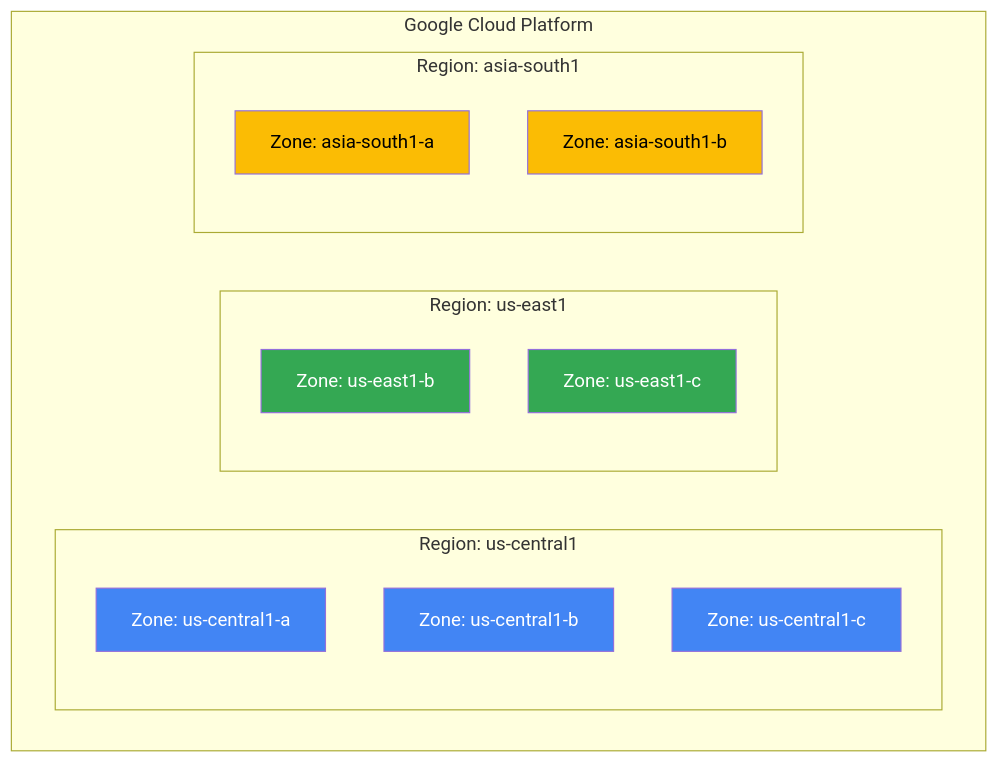
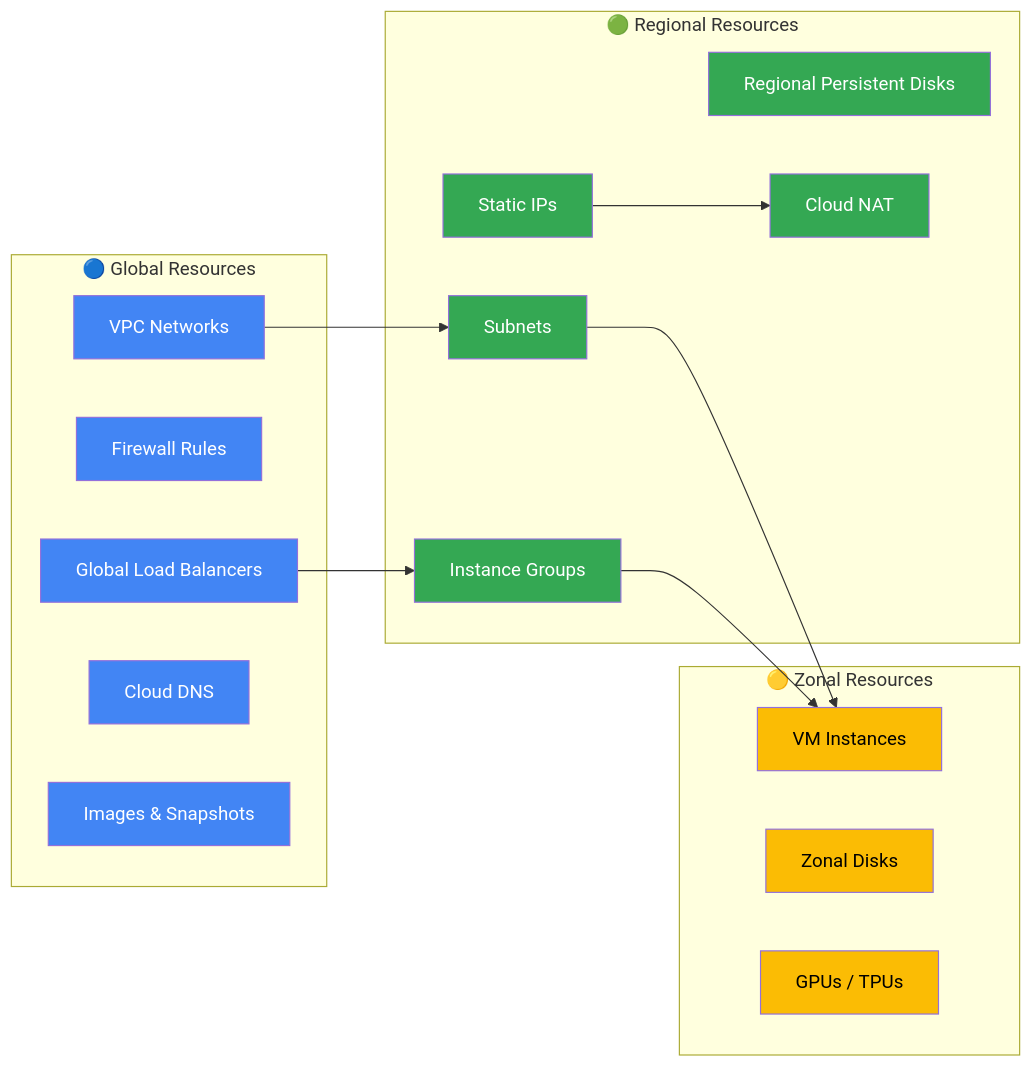
Before and after one commit to ShasidharReddy/GCP-Cloud-Engineer: the fourth of 22 diagrams in Architecture/README.md, drawn with Mermaid. The commit also changed other lines of this file, not shown here.

First line of the commit message:
fix: expand GCP Global Infrastructure with proper hierarchy, resource scoping, and region details

````diff
--- a/Architecture/README.md
+++ b/Architecture/README.md
@@ -134,26 +240,42 @@
 ```mermaid
-graph TB
-    subgraph "Google Cloud Platform"
-        subgraph "Region: us-central1"
-            Z1["Zone: us-central1-a"]
-            Z2["Zone: us-central1-b"]
-            Z3["Zone: us-central1-c"]
-        end
-        subgraph "Region: us-east1"
-            Z4["Zone: us-east1-b"]
-            Z5["Zone: us-east1-c"]
-        end
-        subgraph "Region: asia-south1"
-            Z6["Zone: asia-south1-a"]
-            Z7["Zone: asia-south1-b"]
-        end
+graph LR
+    subgraph "🔵 Global Resources"
+        VPC["VPC Networks"]
+        FW["Firewall Rules"]
+        LB["Global Load Balancers"]
+        DNS["Cloud DNS"]
+        IMG["Images & Snapshots"]
     end
 
-    style Z1 fill:#4285F4,color:#fff
-    style Z2 fill:#4285F4,color:#fff
-    style Z3 fill:#4285F4,color:#fff
-    style Z4 fill:#34A853,color:#fff
-    style Z5 fill:#34A853,color:#fff
-    style Z6 fill:#FBBC04,color:#000
-    style Z7 fill:#FBBC04,color:#000
+    subgraph "🟢 Regional Resources"
+        SUB["Subnets"]
+        SIP["Static IPs"]
+        DISK["Regional Persistent Disks"]
+        IG["Instance Groups"]
+        NAT2["Cloud NAT"]
+    end
+
+    subgraph "🟡 Zonal Resources"
+        VM["VM Instances"]
+        ZD["Zonal Disks"]
+        GPU["GPUs / TPUs"]
+    end
+
+    VPC --> SUB --> VM
+    LB --> IG --> VM
+    SIP --> NAT2
+
+    style VPC fill:#4285F4,color:#fff
+    style FW fill:#4285F4,color:#fff
+    style LB fill:#4285F4,color:#fff
+    style DNS fill:#4285F4,color:#fff
+    style IMG fill:#4285F4,color:#fff
+    style SUB fill:#34A853,color:#fff
+    style SIP fill:#34A853,color:#fff
+    style DISK fill:#34A853,color:#fff
+    style IG fill:#34A853,color:#fff
+    style NAT2 fill:#34A853,color:#fff
+    style VM fill:#FBBC04,color:#000
+    style ZD fill:#FBBC04,color:#000
+    style GPU fill:#FBBC04,color:#000
 ```
````
